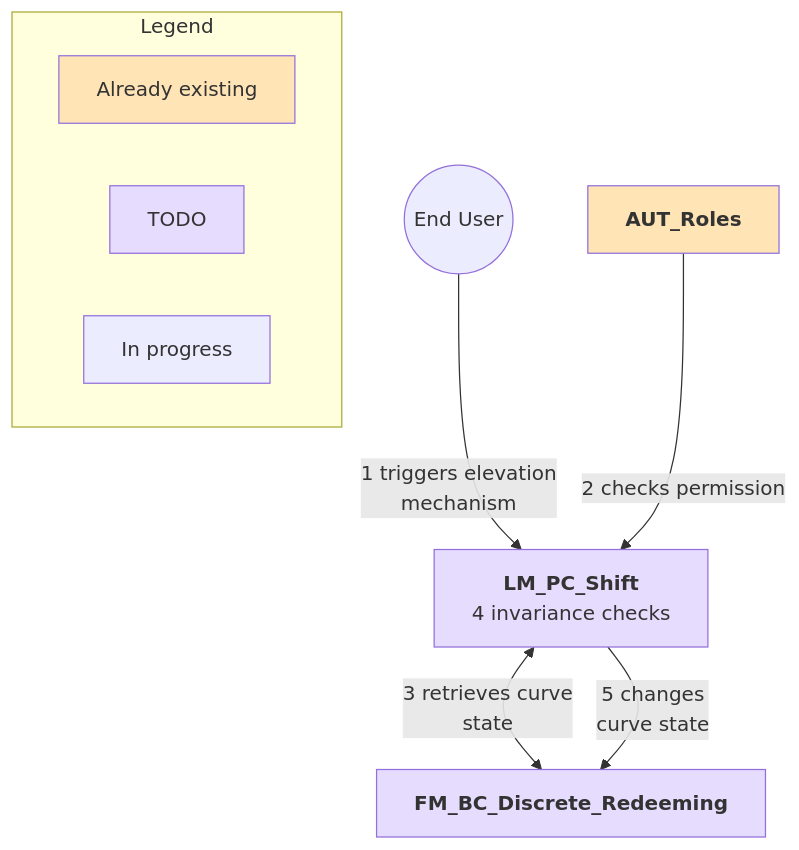
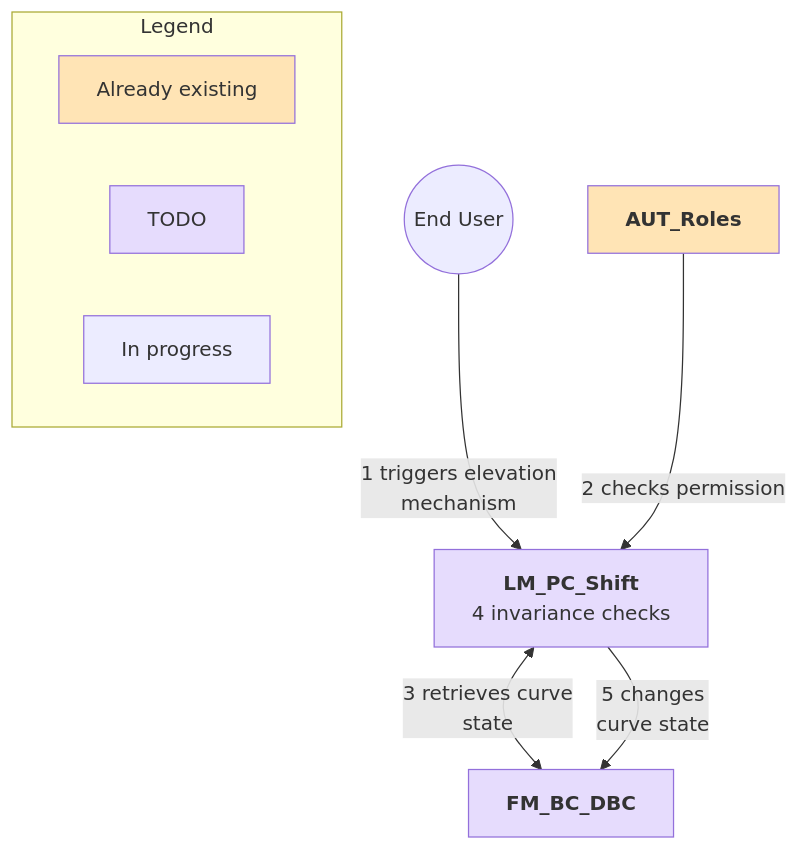
The sixth of 7 diagrams in Specs.md (InverterNetwork/contracts), drawn with Mermaid before and after one commit. The commit also changed other lines of this file, not shown here.

Commit message:
specs: main workflow context diagram

````diff
--- a/Specs.md
+++ b/Specs.md
@@ -273,38 +264,38 @@
 ```mermaid
 %%{init: {'flowchart': {'curve': 'basis', 'width': 1200, 'nodeSpacing': 50, 'rankSpacing': 50}} }%%
 flowchart TD
     %% Node Definitions
     %% ---------------
     %% Core Modules
-    FM["<strong>FM_BC_Discrete_Redeeming</strong>"]
+    FM_BC_DBC["<strong>FM_BC_DBC</strong>"]
     LM_PC_EL["<strong>LM_PC_Shift</strong><br>4 invariance checks"]
     AUT["<strong>AUT_Roles</strong>"]
 
     %% Actors
     User(("End User"))
 
     %% Legend Definition
     %% ----------------
     subgraph Legend
         direction LR
         Existing["Already existing"]
         Todo["TODO"]
         Prog["In progress"]
     end
 
     %% Styling
     %% -------
     classDef ex fill:#FFE4B5
     classDef todo fill:#E6DCFD
     classDef prog fill:#F2F4C8
     class Existing,AUT,PP ex
-    class Todo,FM,LM_PC_FP,LM_PC_CF,LM_PC_EL,AUX_1,AUX_2 todo
+    class Todo,FM_BC_DBC,LM_PC_FP,LM_PC_CF,LM_PC_EL,AUX_1,AUX_2 todo
 
     %% Relationships
     %% ------------
     %% User Actions
     User --> |1 triggers elevation<br>mechanism| LM_PC_EL
     AUT --> |2 checks permission| LM_PC_EL
-    LM_PC_EL <--> |3 retrieves curve<br>state| FM
-    LM_PC_EL --> |5 changes<br>curve state| FM
+    LM_PC_EL <--> |3 retrieves curve<br>state| FM_BC_DBC
+    LM_PC_EL --> |5 changes<br>curve state| FM_BC_DBC
 ```
````
